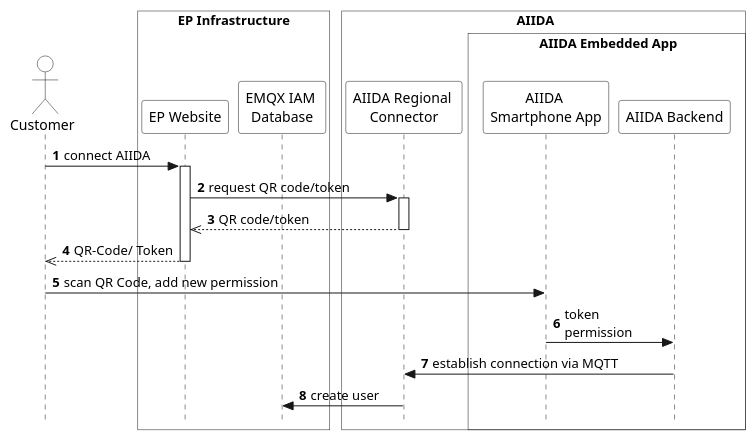
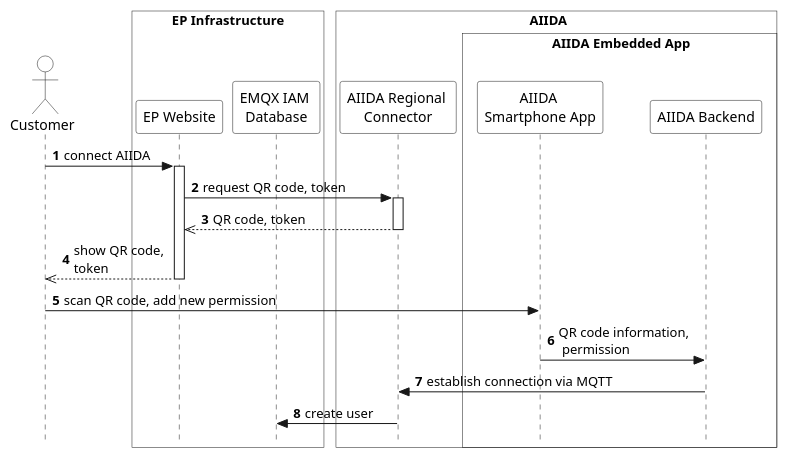
One commit to eddie-energy/architecture changed the diagram in arc42/aiida/runtime-view/figures/aiida_new_connection_qr.puml. Above: the diagram before and after it, drawn with PlantUML. The commit also changed 34 other files, not shown here.

```diff
--- a/arc42/aiida/runtime-view/figures/aiida_new_connection_qr.puml
+++ b/arc42/aiida/runtime-view/figures/aiida_new_connection_qr.puml
@@ -1,40 +1,40 @@
 @startuml aiida_new_connection_qr
 'sequence diagram
 
 skinparam style strictuml
 skinparam sequence {
   ParticipantBackgroundColor transparent
   ActorBackgroundColor transparent
 }
 
 autonumber
 !pragma teoz true
 
 actor "Customer" as user
 box "EP Infrastructure" #transparent
 participant "EP Website" as website
 participant "EMQX IAM \nDatabase" as database
 end box
 box "\tAIIDA\t\t"  #transparent
 participant "AIIDA Regional \nConnector" as connector
 box "\t\tAIIDA Embedded App\t\t"  #transparent
 participant "AIIDA \nSmartphone App" as frontend
 participant "AIIDA Backend" as backend
 end box
 end box
 
 user -> website : connect AIIDA
 activate website
-website -> connector : request QR code/token
+website -> connector : request QR code, token
 activate connector
-connector -->> website : QR code/token
+connector -->> website : QR code, token
 deactivate connector
-website -->> user : QR-Code/ Token
+website -->> user : show QR code, \ntoken
 deactivate website
 
-user -> frontend : scan QR Code, add new permission
-frontend -> backend : token \npermission
+user -> frontend : scan QR code, add new permission
+frontend -> backend : QR code information,\n permission
 backend -> connector : establish connection via MQTT
 connector -> database : create user
 
 @enduml
```
